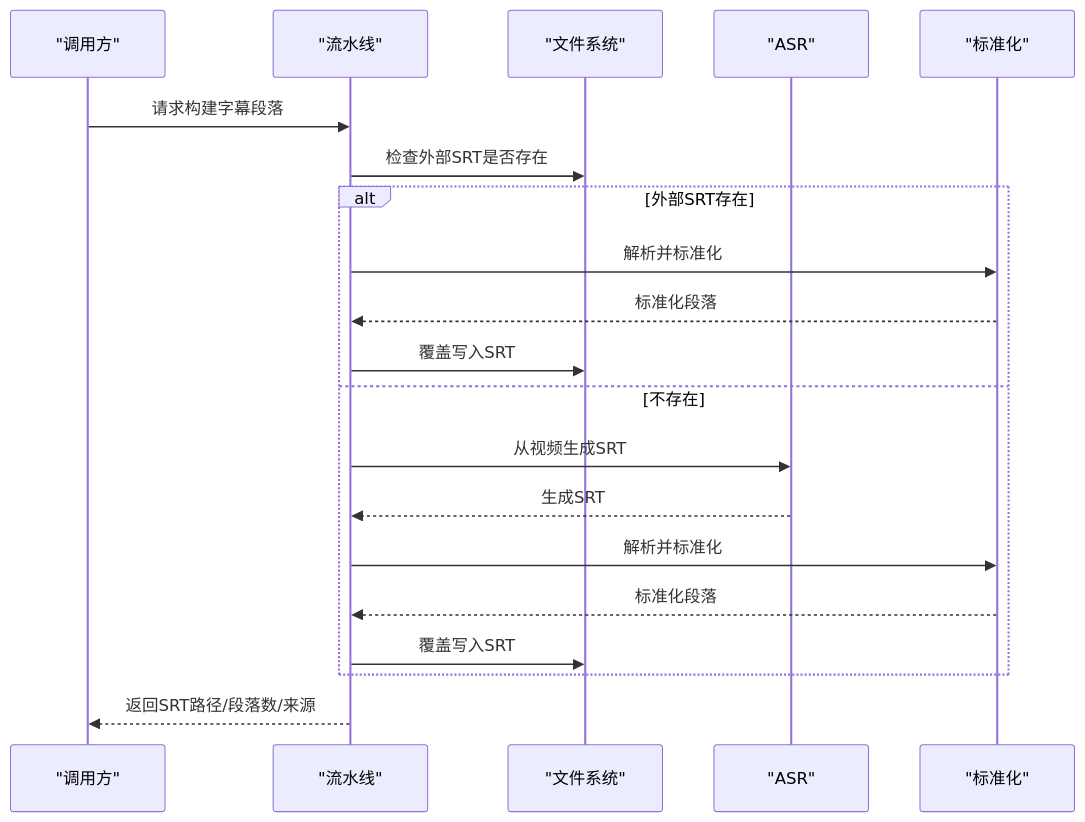
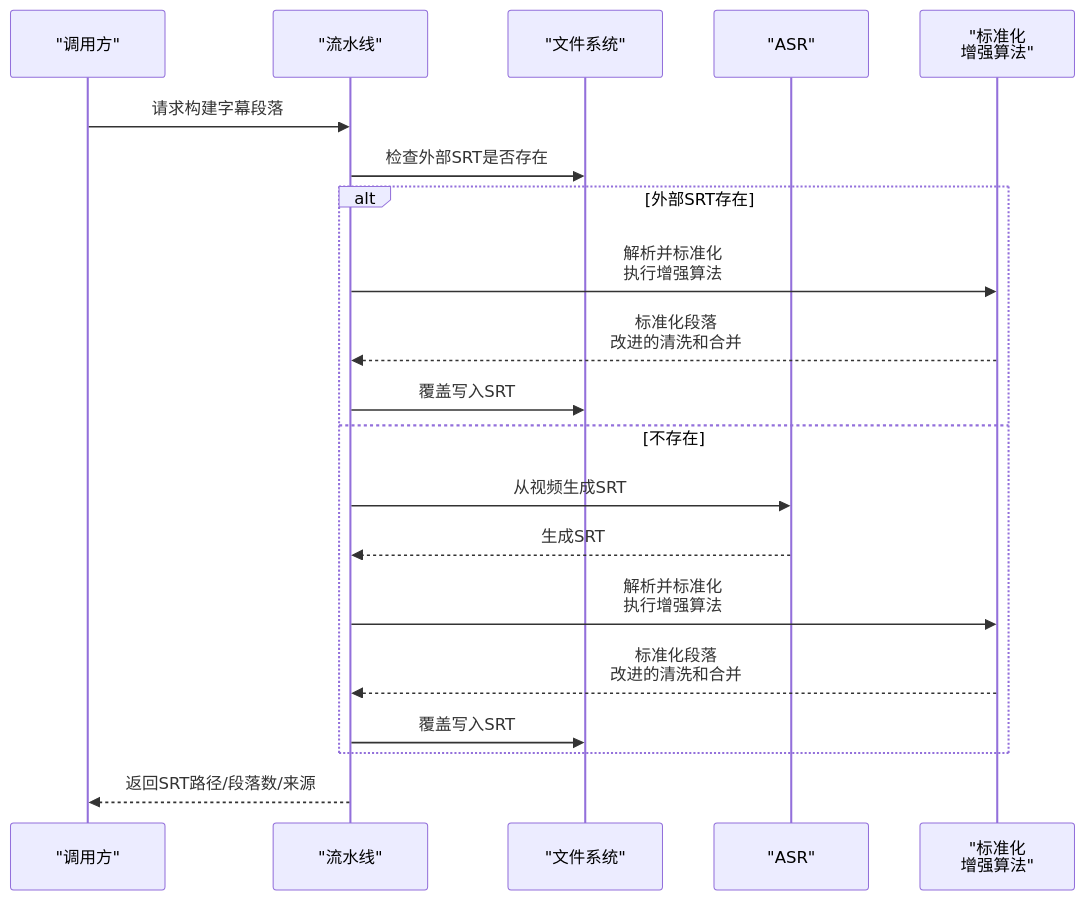
One commit to wowoduang/AIVideoClaude changed the sixth of 7 diagrams in .qoder/repowiki/zh/content/核心功能/字幕处理系统/字幕标准化器.md. Above: the diagram before and after it, drawn with Mermaid. The commit also changed other lines of this file and 26 other files, not shown here.

````diff
--- a/.qoder/repowiki/zh/content/核心功能/字幕处理系统/字幕标准化器.md
+++ b/.qoder/repowiki/zh/content/核心功能/字幕处理系统/字幕标准化器.md
@@ -215,22 +235,22 @@
 ```mermaid
 sequenceDiagram
 participant C as "调用方"
 participant P as "流水线"
 participant FS as "文件系统"
 participant SU as "ASR"
-participant SN as "标准化"
+participant SN as "标准化<br/>增强算法"
 C->>P : 请求构建字幕段落
 P->>FS : 检查外部SRT是否存在
 alt 外部SRT存在
-P->>SN : 解析并标准化
-SN-->>P : 标准化段落
+P->>SN : 解析并标准化<br/>执行增强算法
+SN-->>P : 标准化段落<br/>改进的清洗和合并
 P->>FS : 覆盖写入SRT
 else 不存在
 P->>SU : 从视频生成SRT
 SU-->>P : 生成SRT
-P->>SN : 解析并标准化
-SN-->>P : 标准化段落
+P->>SN : 解析并标准化<br/>执行增强算法
+SN-->>P : 标准化段落<br/>改进的清洗和合并
 P->>FS : 覆盖写入SRT
 end
 P-->>C : 返回SRT路径/段落数/来源
 ```
````
